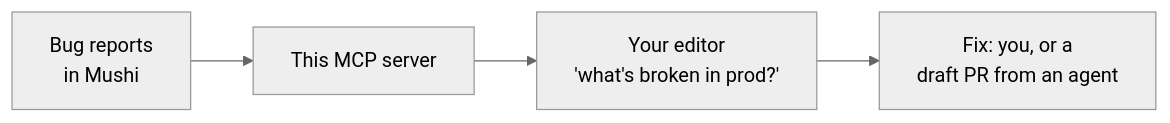
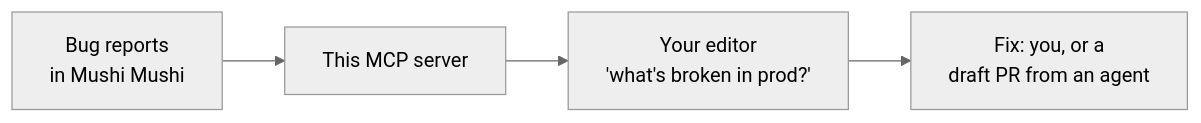
Before and after one commit to kensaurus/mushi-mushi: the diagram in packages/mcp/README.md, drawn with Mermaid (neutral theme). The commit also changed other lines of this file and 425 other files, not shown here.

````diff
--- a/packages/mcp/README.md
+++ b/packages/mcp/README.md
@@ -14,4 +14,4 @@
 ```mermaid
 flowchart LR
-    A["Bug reports<br/>in Mushi"] --> B["This MCP server"] --> C["Your editor<br/>'what's broken in prod?'"] --> D["Fix: you, or a<br/>draft PR from an agent"]
+    A["Bug reports<br/>in Mushi Mushi"] --> B["This MCP server"] --> C["Your editor<br/>'what's broken in prod?'"] --> D["Fix: you, or a<br/>draft PR from an agent"]
 ```
````
